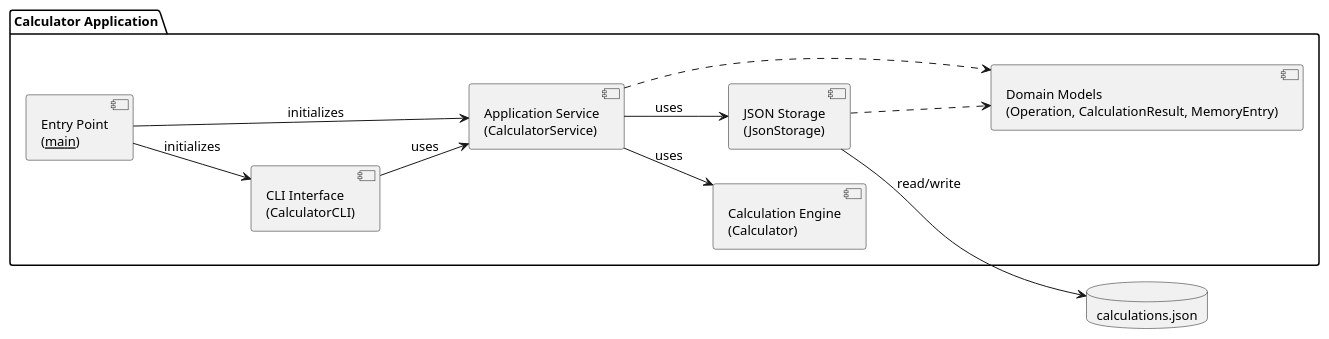
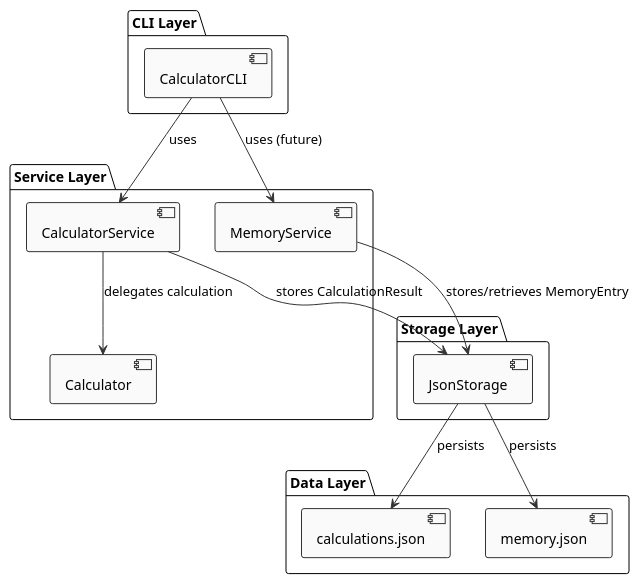
One commit to DanielRiha8906/Software_autoevolution_using_agents changed the diagram in experiments/broadcast/structured_text/calculator/artifacts/component_diagram.puml. Above: the diagram before and after it, drawn with PlantUML. The commit also changed 27 other files, not shown here.

```diff
--- a/experiments/broadcast/structured_text/calculator/artifacts/component_diagram.puml
+++ b/experiments/broadcast/structured_text/calculator/artifacts/component_diagram.puml
@@ -1,31 +1,38 @@
-@startuml component_diagram
+@startuml
+!theme plain
+skinparam componentBackgroundColor #FAFAFA
+skinparam componentBorderColor #333333
+skinparam arrowColor #333333
+skinparam fontName Courier
 
-skinparam componentStyle uml2
-skinparam defaultFontSize 13
-left to right direction
-
-package "Calculator Application" {
-
-    component "Entry Point\n(__main__)" as Main
-    component "CLI Interface\n(CalculatorCLI)" as CLI
-    component "Application Service\n(CalculatorService)" as Service
-    component "Calculation Engine\n(Calculator)" as Calc
-    component "JSON Storage\n(JsonStorage)" as Store
-    component "Domain Models\n(Operation, CalculationResult, MemoryEntry)" as Models
-
-    Main --> CLI : initializes
-    Main --> Service : initializes
-
-    CLI --> Service : uses
-    Service --> Calc : uses
-    Service --> Store : uses
-
-    Service ..> Models
-    Store ..> Models
+package "CLI Layer" {
+  component [CalculatorCLI] as CLI
 }
 
-database "calculations.json" as DB
+package "Service Layer" {
+  component [CalculatorService] as CalcService
+  component [MemoryService] as MemService
+  component [Calculator] as CalcLogic
+}
 
-Store --> DB : read/write
+package "Storage Layer" {
+  component [JsonStorage] as Storage
+}
+
+package "Data Layer" {
+  component [calculations.json] as CalcFile
+  component [memory.json] as MemFile
+}
+
+CLI --> CalcService: uses
+CLI --> MemService: uses (future)
+
+CalcService --> CalcLogic: delegates calculation
+CalcService --> Storage: stores CalculationResult
+
+MemService --> Storage: stores/retrieves MemoryEntry
+
+Storage --> CalcFile: persists
+Storage --> MemFile: persists
 
 @enduml
```
